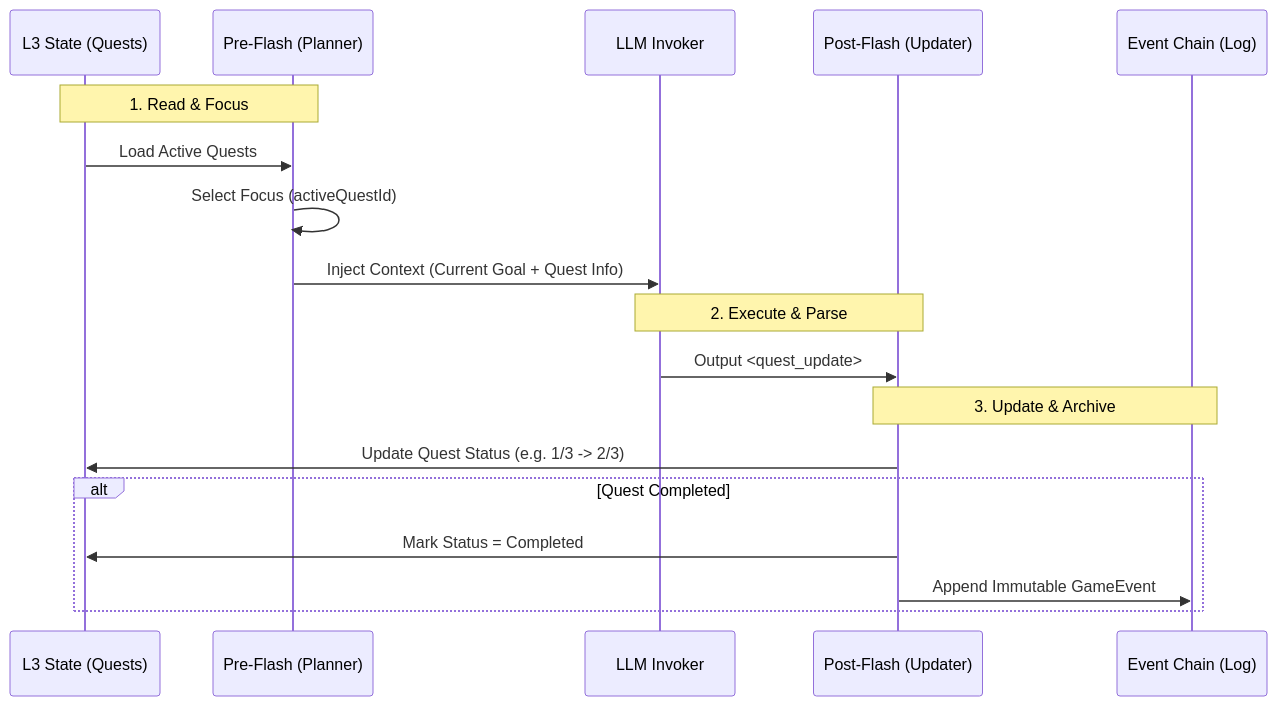
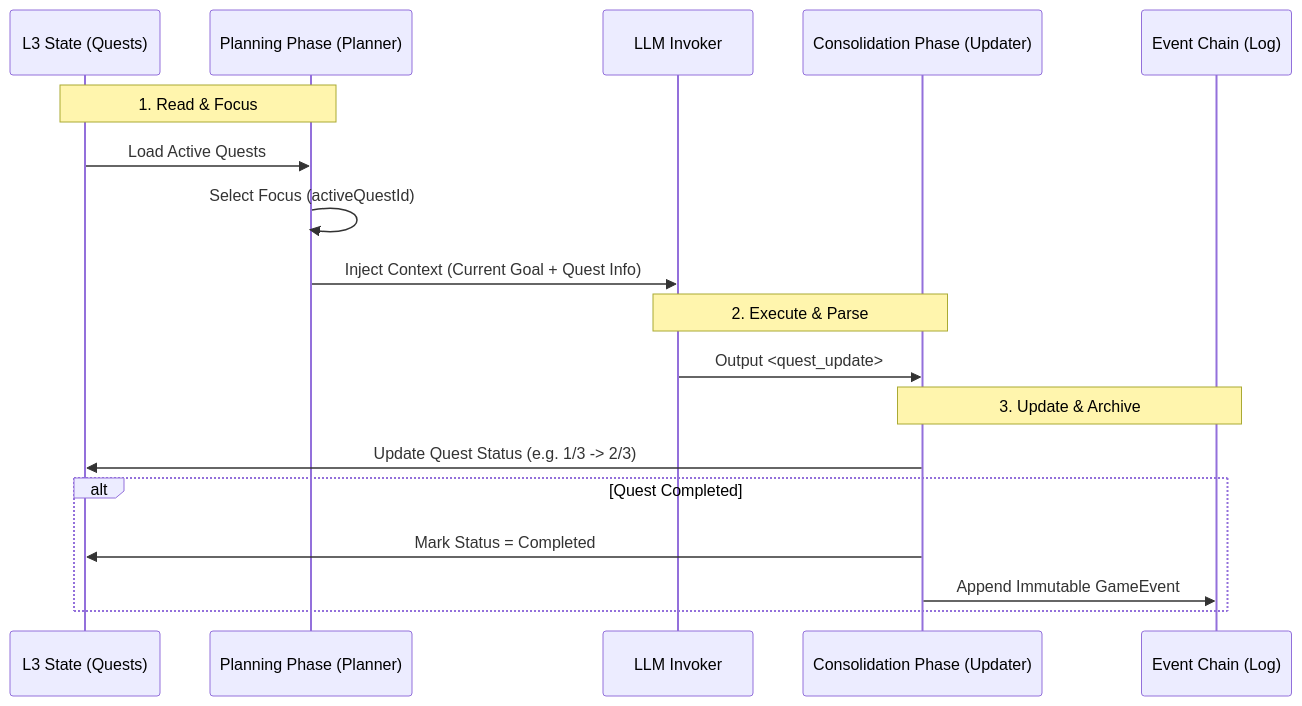
The diagram in 00_active_specs/mnemosyne/README.md (Abgetrennter/Clotho-Design), drawn with Mermaid before and after one commit. The commit also changed other lines of this file and 8 other files, not shown here.

Commit message:
docs: 统一术语命名 (Pre-Flash/Post-Flash → Planning Phase/Consolidation Phase)

````diff
--- a/00_active_specs/mnemosyne/README.md
+++ b/00_active_specs/mnemosyne/README.md
@@ -409,24 +409,24 @@
 ```mermaid
 sequenceDiagram
     participant State as L3 State (Quests)
-    participant Planner as Pre-Flash (Planner)
+    participant Planner as Planning Phase (Planner)
     participant LLM as LLM Invoker
-    participant Updater as Post-Flash (Updater)
+    participant Updater as Consolidation Phase (Updater)
     participant Log as Event Chain (Log)
 
     Note over Planner, State: 1. Read & Focus
     State->>Planner: Load Active Quests
     Planner->>Planner: Select Focus (activeQuestId)
     Planner->>LLM: Inject Context (Current Goal + Quest Info)
 
     Note over LLM, Updater: 2. Execute & Parse
     LLM->>Updater: Output <quest_update>
 
     Note over Updater, Log: 3. Update & Archive
     Updater->>State: Update Quest Status (e.g. 1/3 -> 2/3)
     
     alt Quest Completed
         Updater->>State: Mark Status = Completed
         Updater->>Log: Append Immutable GameEvent
     end
 ```
````
